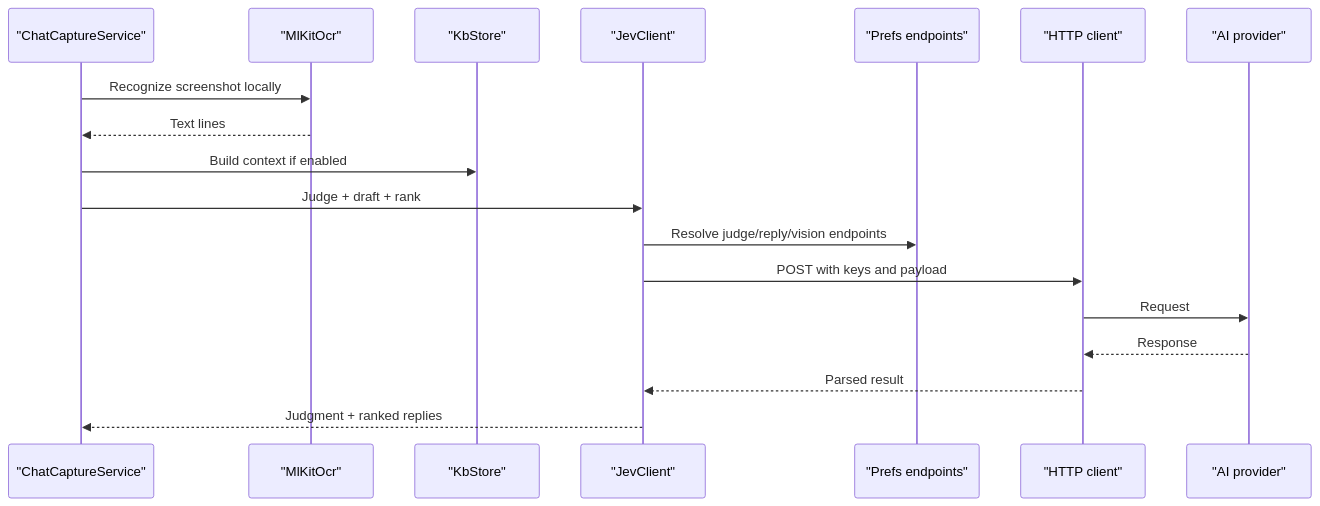
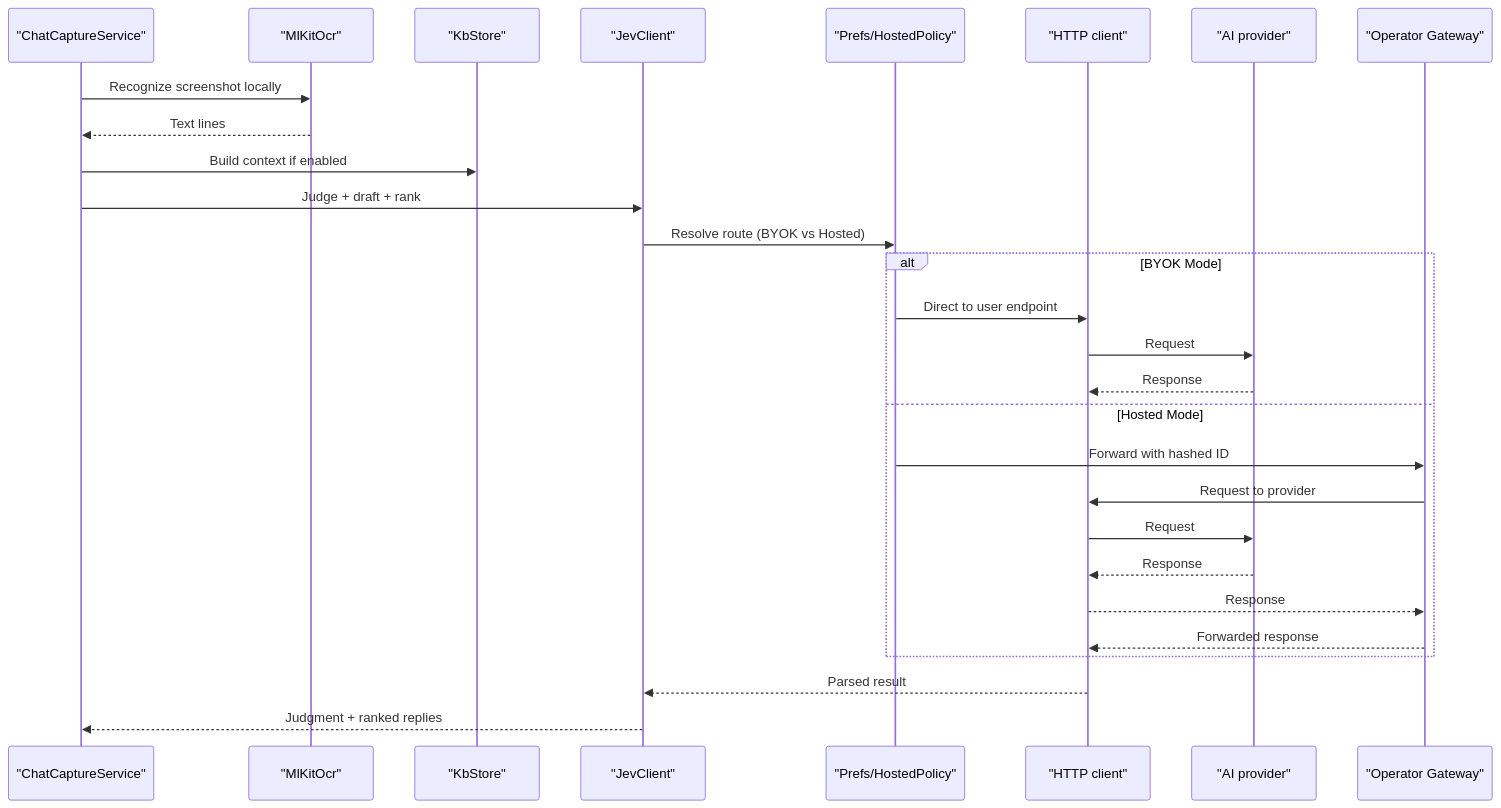
The eighth of 11 diagrams in .qoder/repowiki/en/content/Security & Privacy.md (DeloYong/jev-chat-jarvis), drawn with Mermaid before and after one commit. The commit also changed other lines of this file and 66 other files, not shown here.

````diff
--- a/.qoder/repowiki/en/content/Security & Privacy.md
+++ b/.qoder/repowiki/en/content/Security & Privacy.md
@@ -316,20 +365,30 @@
 ```mermaid
 sequenceDiagram
 participant Capture as "ChatCaptureService"
 participant OCR as "MlKitOcr"
 participant KB as "KbStore"
 participant Client as "JevClient"
-participant Route as "Prefs endpoints"
+participant Route as "Prefs/HostedPolicy"
 participant Network as "HTTP client"
 participant Provider as "AI provider"
+participant Gateway as "Operator Gateway"
 Capture->>OCR : Recognize screenshot locally
 OCR-->>Capture : Text lines
 Capture->>KB : Build context if enabled
 Capture->>Client : Judge + draft + rank
-Client->>Route : Resolve judge/reply/vision endpoints
-Client->>Network : POST with keys and payload
+Client->>Route : Resolve route (BYOK vs Hosted)
+alt BYOK Mode
+Route->>Network : Direct to user endpoint
 Network->>Provider : Request
 Provider-->>Network : Response
+else Hosted Mode
+Route->>Gateway : Forward with hashed ID
+Gateway->>Network : Request to provider
+Network->>Provider : Request
+Provider-->>Network : Response
+Network-->>Gateway : Response
+Gateway-->>Network : Forwarded response
+end
 Network-->>Client : Parsed result
 Client-->>Capture : Judgment + ranked replies
 ```
````
